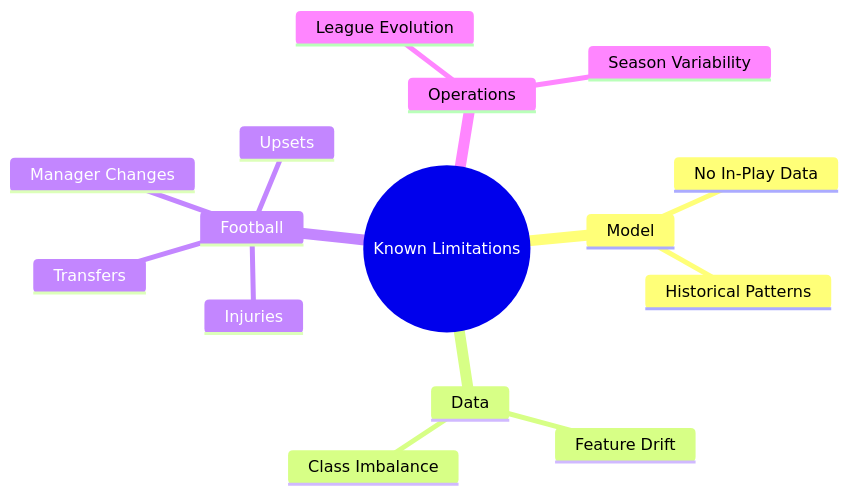
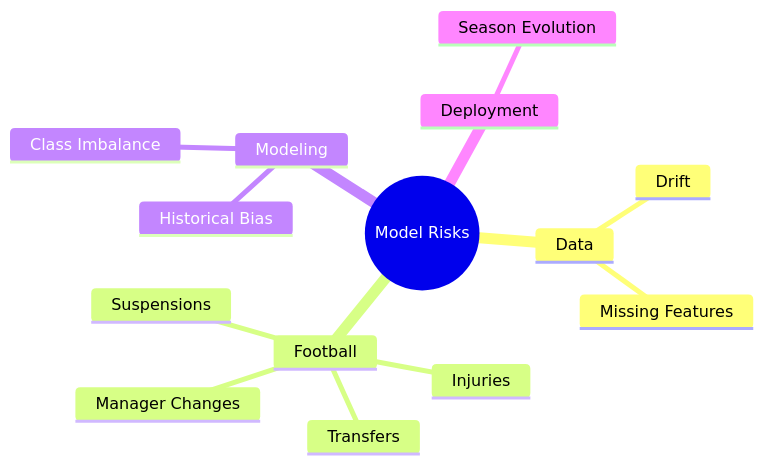
One commit to sai-ganesh-4539/StatVault changed the ninth of 11 diagrams in Match_Prediction_Intelligence.md. Above: the diagram before and after it, drawn with Mermaid. The commit also changed other lines of this file, not shown here.

````diff
--- a/Match_Prediction_Intelligence.md
+++ b/Match_Prediction_Intelligence.md
@@ -278,22 +346,21 @@
 ```mermaid
 mindmap
-  root((Known Limitations))
-
-    Model
-      No In-Play Data
-      Historical Patterns
+  root((Model Risks))
 
     Data
-      Feature Drift
-      Class Imbalance
+      Missing Features
+      Drift
 
     Football
       Injuries
       Transfers
+      Suspensions
       Manager Changes
-      Upsets
 
-    Operations
-      League Evolution
-      Season Variability
+    Modeling
+      Class Imbalance
+      Historical Bias
+
+    Deployment
+      Season Evolution
 ```
````
